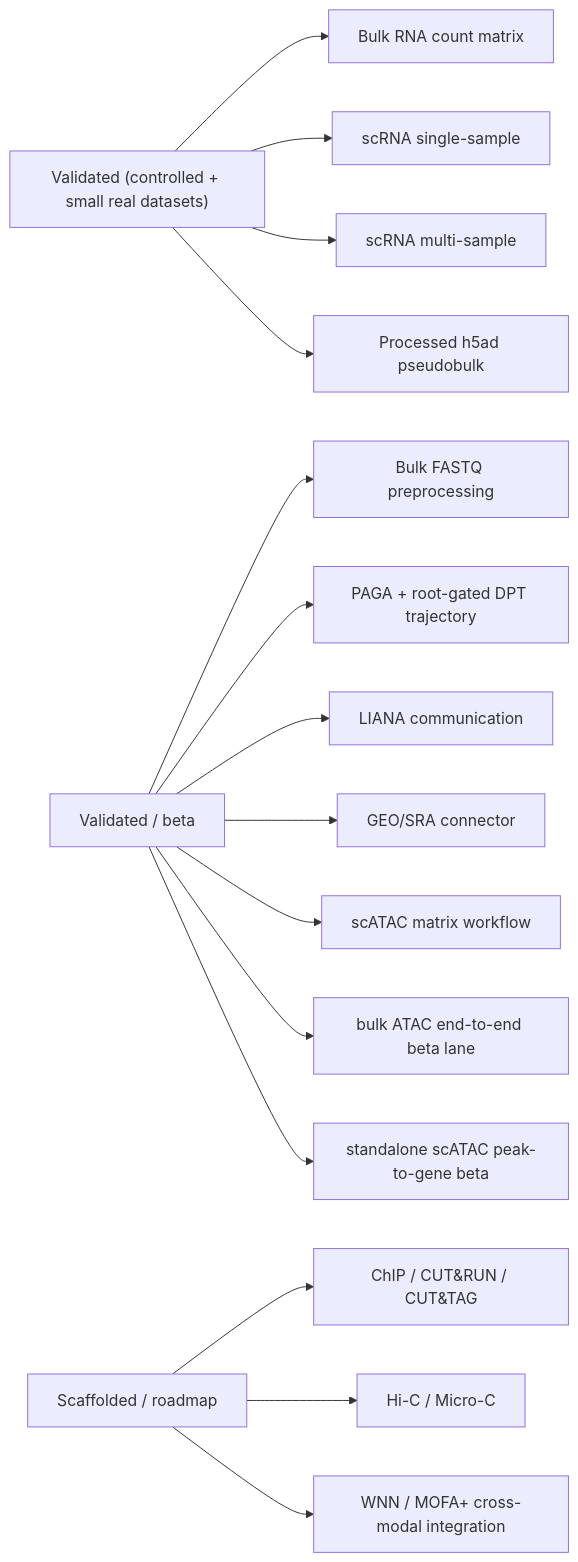
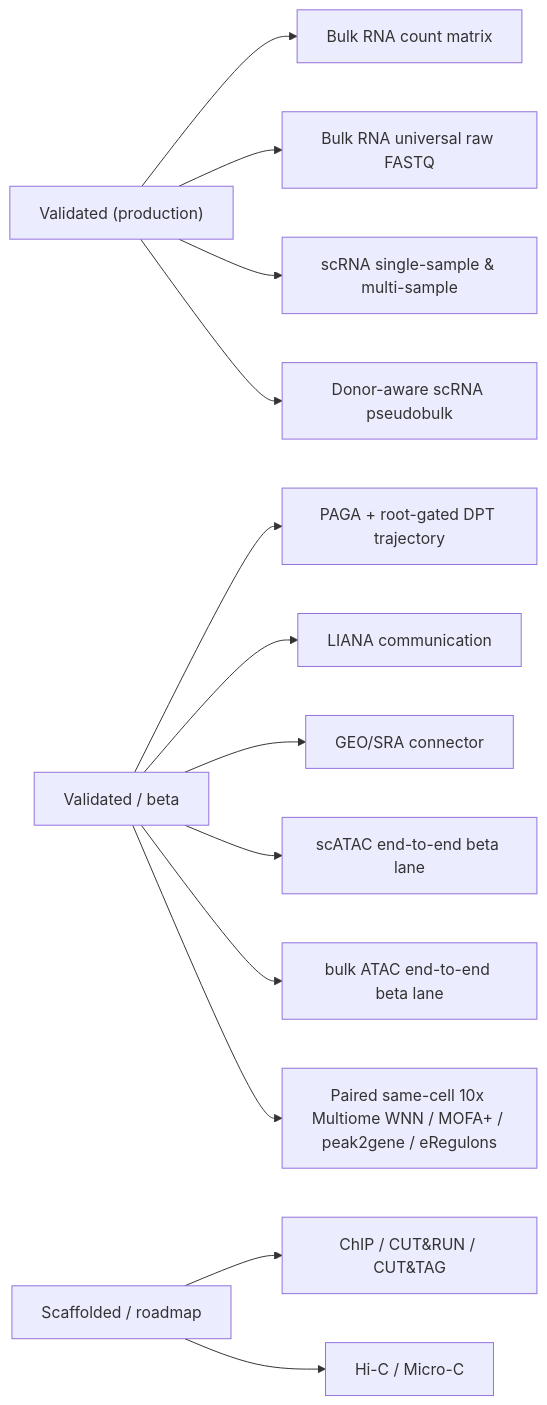
One commit to Olascoaga/aria-omics changed the diagram in docs/diagrams/validation_boundary.mmd. Above: the diagram before and after it, drawn with Mermaid. The commit also changed 35 other files, not shown here.

Commit message:
feat(rna): universal multi-platform raw FASTQ RNA engine and promote bulk_RNA_raw to production (ADR-075)

```diff
--- a/docs/diagrams/validation_boundary.mmd
+++ b/docs/diagrams/validation_boundary.mmd
@@ -1,15 +1,13 @@
 flowchart LR
-    A["Validated (controlled + small real datasets)"] --> A1[Bulk RNA count matrix]
-    A --> A2[scRNA single-sample]
-    A --> A3[scRNA multi-sample]
-    A --> A4[Processed h5ad pseudobulk]
-    B[Validated / beta] --> B1[Bulk FASTQ preprocessing]
-    B --> B2[PAGA + root-gated DPT trajectory]
+    A["Validated (production)"] --> A1[Bulk RNA count matrix]
+    A --> A5[Bulk RNA universal raw FASTQ]
+    A --> A2[scRNA single-sample & multi-sample]
+    A --> A4[Donor-aware scRNA pseudobulk]
+    B[Validated / beta] --> B2[PAGA + root-gated DPT trajectory]
     B --> B3[LIANA communication]
     B --> B4[GEO/SRA connector]
-    B --> B5[scATAC matrix workflow]
+    B --> B5[scATAC end-to-end beta lane]
     B --> B6[bulk ATAC end-to-end beta lane]
-    B --> B7[standalone scATAC peak-to-gene beta]
+    B --> B7[Paired same-cell 10x Multiome WNN / MOFA+ / peak2gene / eRegulons]
     C[Scaffolded / roadmap] --> C1[ChIP / CUT&RUN / CUT&TAG]
     C --> C2[Hi-C / Micro-C]
-    C --> C3[WNN / MOFA+ cross-modal integration]
```
